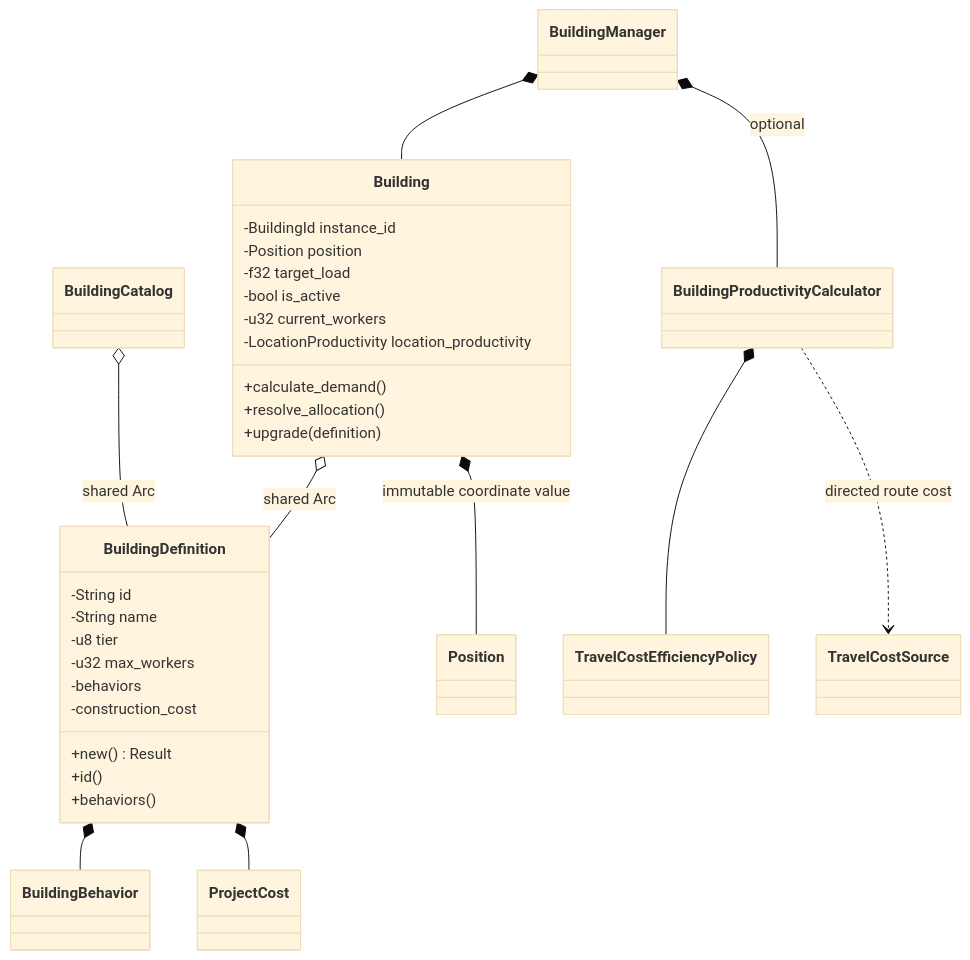
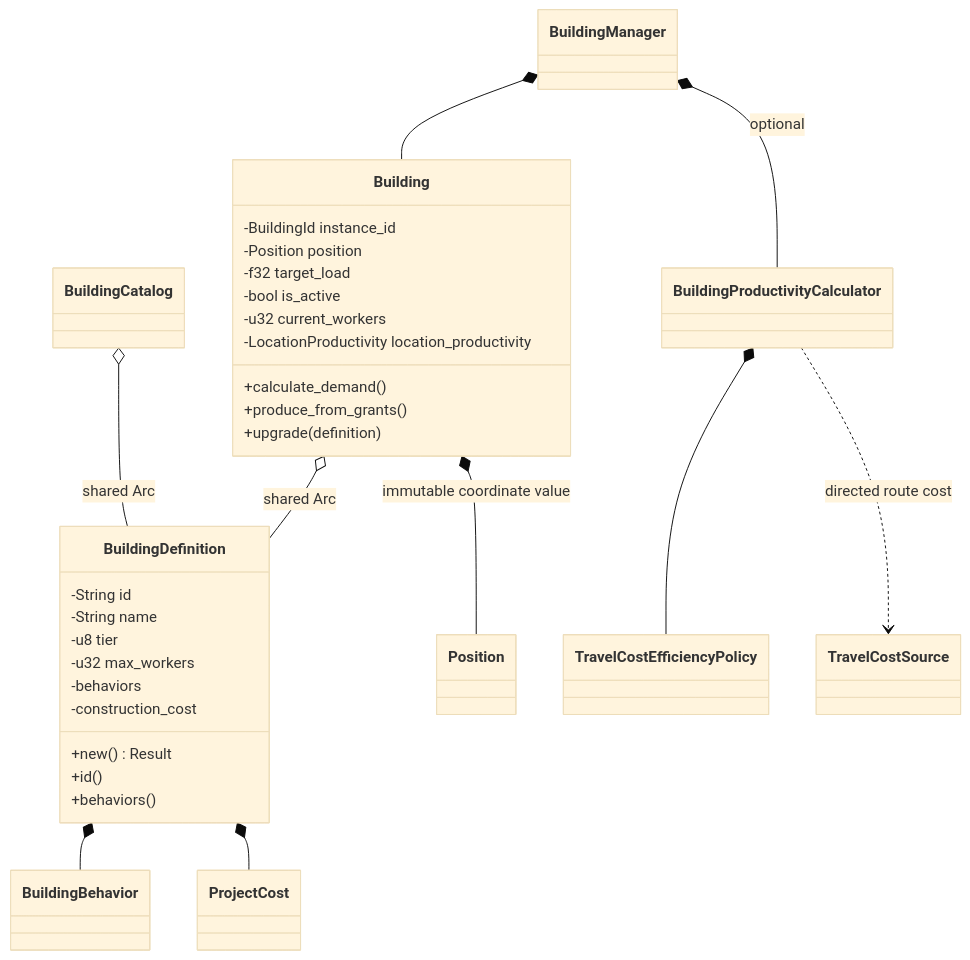
Before and after one commit to KMaksymilian/marl-grand-strategy-game: the first of 2 diagrams in docs/architecture/systems/buildings.md, drawn with Mermaid (base theme). The commit also changed other lines of this file and 15 other files, not shown here.

````diff
--- a/docs/architecture/systems/buildings.md
+++ b/docs/architecture/systems/buildings.md
@@ -18,34 +18,34 @@
 ```mermaid
 classDiagram
     class Building {
         -BuildingId instance_id
         -Position position
         -f32 target_load
         -bool is_active
         -u32 current_workers
         -LocationProductivity location_productivity
         +calculate_demand()
-        +resolve_allocation()
+        +produce_from_grants()
         +upgrade(definition)
     }
     class BuildingDefinition {
         -String id
         -String name
         -u8 tier
         -u32 max_workers
         -behaviors
         -construction_cost
         +new() Result
         +id()
         +behaviors()
     }
     BuildingManager *-- Building
     BuildingManager *-- BuildingProductivityCalculator : optional
     BuildingCatalog o-- BuildingDefinition : shared Arc
     Building o-- BuildingDefinition : shared Arc
     BuildingDefinition *-- BuildingBehavior
     BuildingDefinition *-- ProjectCost
     Building *-- Position : immutable coordinate value
     BuildingProductivityCalculator *-- TravelCostEfficiencyPolicy
     BuildingProductivityCalculator ..> TravelCostSource : directed route cost
 ```
````
